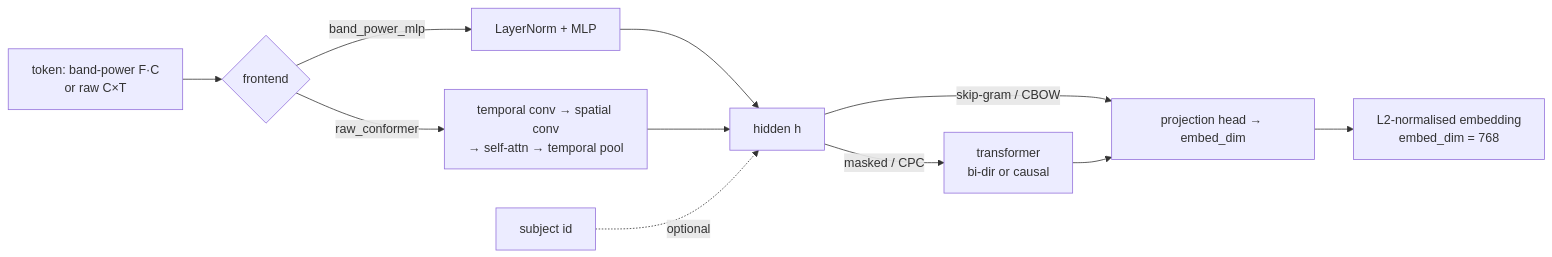
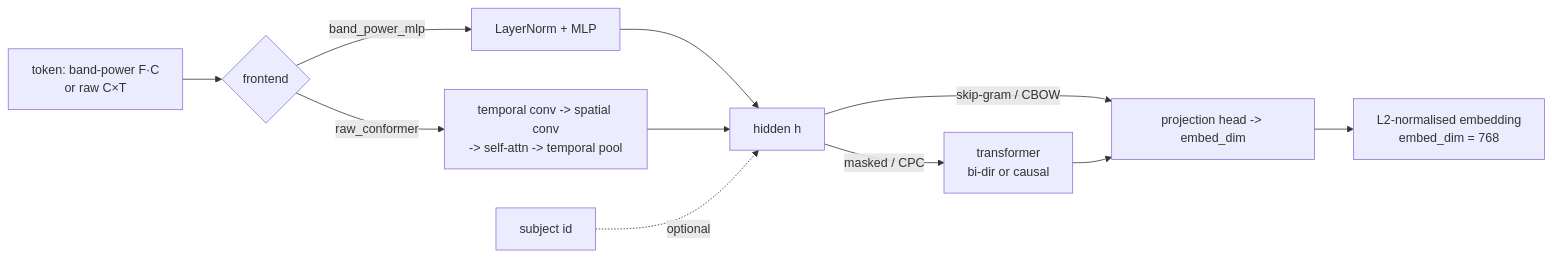
One commit to victor-iyi/zte changed the fourth of 5 diagrams in README.md. Above: the diagram before and after it, drawn with Mermaid. The commit also changed other lines of this file and 19 other files, not shown here.

````diff
--- a/README.md
+++ b/README.md
@@ -269,12 +269,12 @@
 ```mermaid
 flowchart LR
     in[token: band-power F·C<br/>or raw C×T] --> fe{frontend}
     fe -->|band_power_mlp| mlp[LayerNorm + MLP]
-    fe -->|raw_conformer| cf[temporal conv → spatial conv<br/>→ self-attn → temporal pool]
+    fe -->|raw_conformer| cf[temporal conv -> spatial conv<br/>-> self-attn -> temporal pool]
     mlp --> h[hidden h]
     cf --> h
     subj[subject id] -.optional.-> h
-    h -->|skip-gram / CBOW| proj[projection head → embed_dim]
+    h -->|skip-gram / CBOW| proj[projection head -> embed_dim]
     h -->|masked / CPC| ctx[transformer<br/>bi-dir or causal] --> proj
     proj --> e[L2-normalised embedding<br/>embed_dim = 768]
 ```
````
